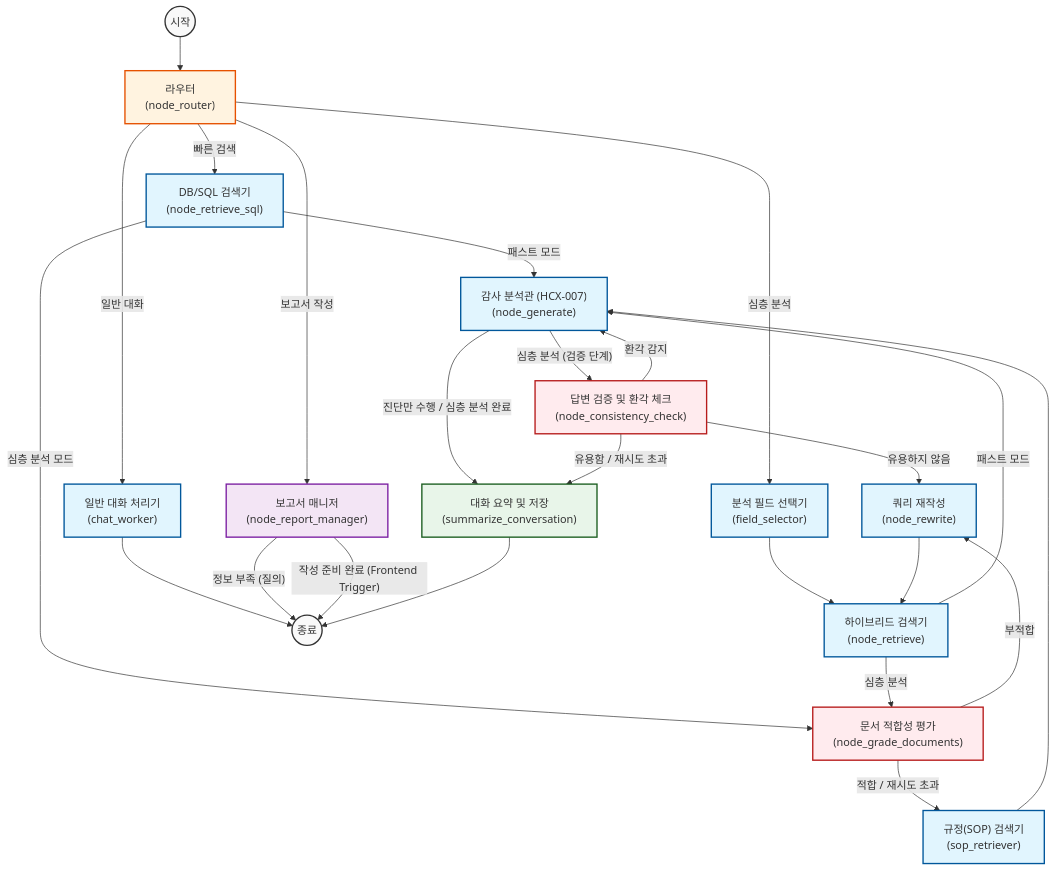
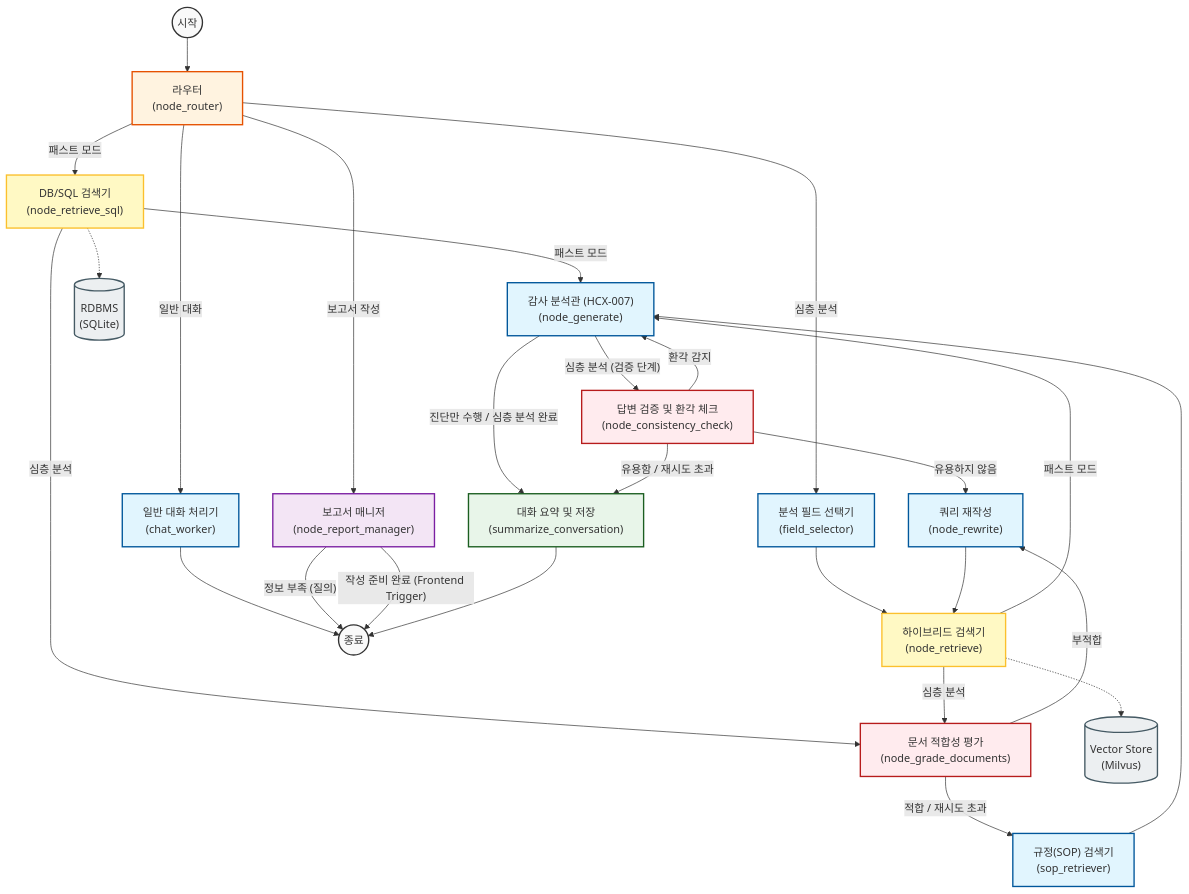
One commit to jinheeus/AIFFEL_QUEST changed the diagram in rag/agentic_rag_v2/architecture.md. Above: the diagram before and after it, drawn with Mermaid. The commit also changed other lines of this file and 8 other files, not shown here.

````diff
--- a/rag/agentic_rag_v2/architecture.md
+++ b/rag/agentic_rag_v2/architecture.md
@@ -7,52 +7,75 @@
 ```mermaid
 graph TD
     Start((시작))
     Router["라우터<br/>(node_router)"]
     ChatWorker["일반 대화 처리기<br/>(chat_worker)"]
     RetrieveSQL["DB/SQL 검색기<br/>(node_retrieve_sql)"]
     FieldSelector["분석 필드 선택기<br/>(field_selector)"]
     HybridRetriever["하이브리드 검색기<br/>(node_retrieve)"]
     GradeDocuments["문서 적합성 평가<br/>(node_grade_documents)"]
     RewriteQuery["쿼리 재작성<br/>(node_rewrite)"]
     SOPRetriever["규정(SOP) 검색기<br/>(sop_retriever)"]
     AuditAnalyst["감사 분석관 (HCX-007)<br/>(node_generate)"]
     ReportManager["보고서 매니저<br/>(node_report_manager)"]
     VerifyAnswer["답변 검증 및 환각 체크<br/>(node_consistency_check)"]
     Summarize["대화 요약 및 저장<br/>(summarize_conversation)"]
     EndNode((종료))
+
+    %% DB Nodes
+    VectorDB[("Vector Store<br/>(Milvus)")]
+    RDBMS[("RDBMS<br/>(SQLite)")]
+
     Start --> Router
     Router -- "일반 대화" --> ChatWorker
-    Router -- "빠른 검색" --> RetrieveSQL
+    Router -- "패스트 모드" --> RetrieveSQL
     Router -- "보고서 작성" --> ReportManager
     Router -- "심층 분석" --> FieldSelector
+
     ChatWorker --> EndNode
+
     RetrieveSQL -- "패스트 모드" --> AuditAnalyst
-    RetrieveSQL -- "심층 분석 모드" --> GradeDocuments
+    RetrieveSQL -- "심층 분석" --> GradeDocuments
+    RetrieveSQL -.-> RDBMS
+
     FieldSelector --> HybridRetriever
+
     HybridRetriever -- "심층 분석" --> GradeDocuments
     HybridRetriever -- "패스트 모드" --> AuditAnalyst
+    HybridRetriever -.-> VectorDB
+
     GradeDocuments -- "적합 / 재시도 초과" --> SOPRetriever
     GradeDocuments -- "부적합" --> RewriteQuery
+
     RewriteQuery --> HybridRetriever
+
     SOPRetriever --> AuditAnalyst
+
     AuditAnalyst -- "진단만 수행 / 심층 분석 완료" --> Summarize
     AuditAnalyst -- "심층 분석 (검증 단계)" --> VerifyAnswer
+
     ReportManager -- "정보 부족 (질의)" --> EndNode
     ReportManager -- "작성 준비 완료 (Frontend Trigger)" --> EndNode
+
     VerifyAnswer -- "환각 감지" --> AuditAnalyst
     VerifyAnswer -- "유용하지 않음" --> RewriteQuery
     VerifyAnswer -- "유용함 / 재시도 초과" --> Summarize
+
     Summarize --> EndNode
+
     classDef default fill:#f9f9f9,stroke:#333,stroke-width:2px;
     classDef router fill:#fff3e0,stroke:#e65100;
     classDef worker fill:#e1f5fe,stroke:#01579b;
     classDef check fill:#ffebee,stroke:#b71c1c;
     classDef final fill:#e8f5e9,stroke:#1b5e20;
     classDef report fill:#f3e5f5,stroke:#7b1fa2;
+    classDef retriever fill:#fff9c4,stroke:#fbc02d;
+    classDef db fill:#eceff1,stroke:#455a64;
 
     class Router router;
-    class ChatWorker,RetrieveSQL,FieldSelector,HybridRetriever,SOPRetriever,RewriteQuery,AuditAnalyst worker;
+    class ChatWorker,FieldSelector,RewriteQuery,AuditAnalyst,SOPRetriever worker;
+    class RetrieveSQL,HybridRetriever retriever;
     class ReportManager report;
     class GradeDocuments,VerifyAnswer check;
     class Summarize final;
+    class VectorDB,RDBMS db;
 ```
````
